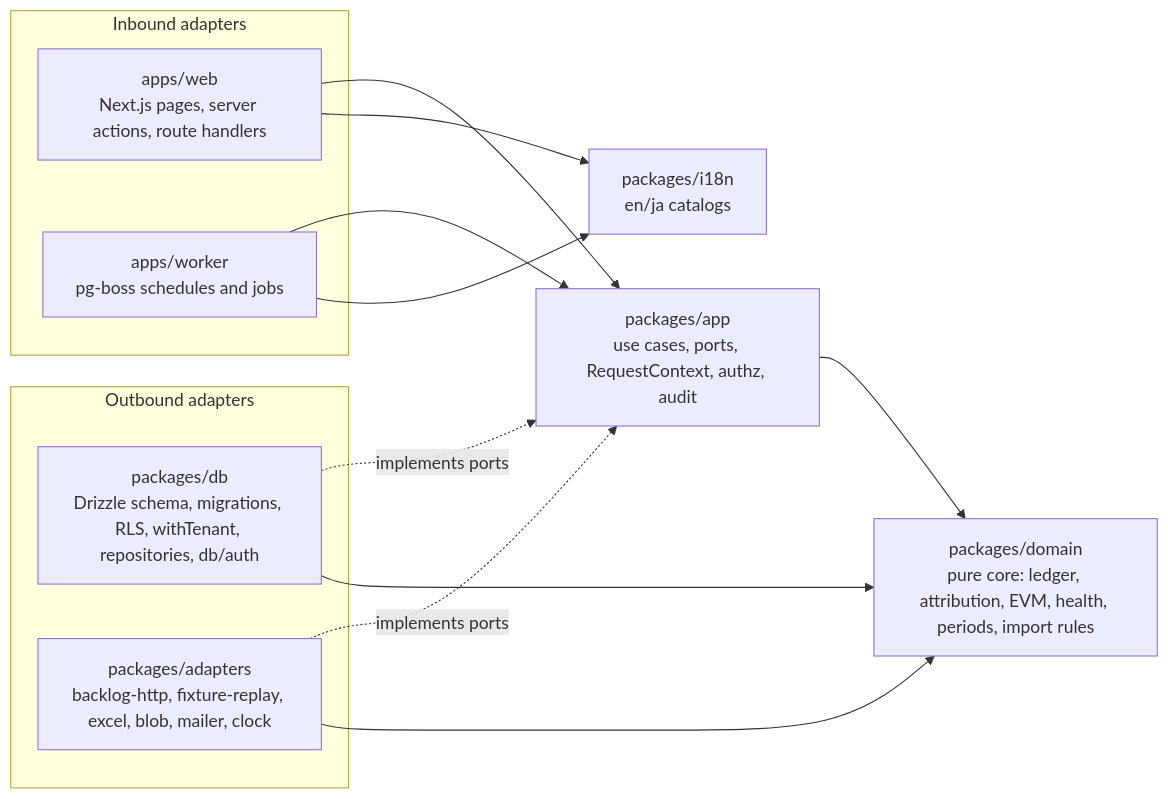
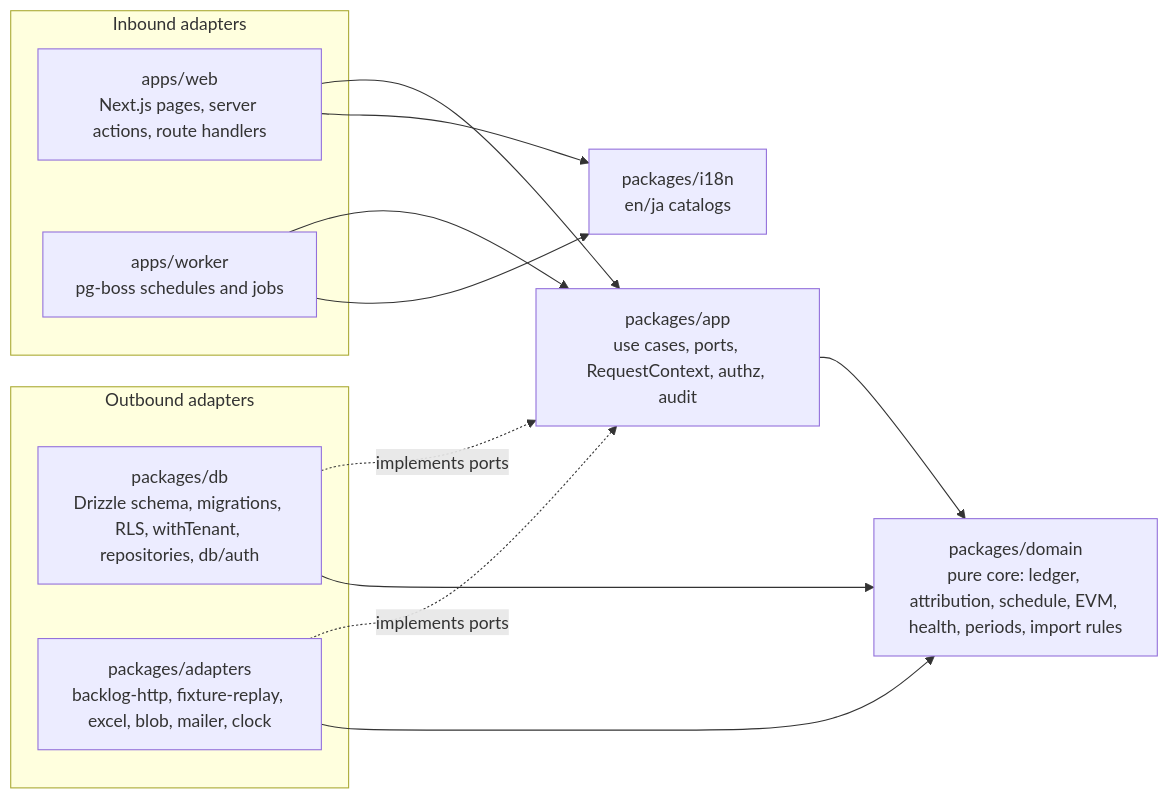
Before and after one commit to hoanghainh1188/momo-keikaku: the first of 6 diagrams in _bmad-output/planning-artifacts/architecture/architecture-momo-keikaku-2026-09-20/ARCHITECTURE-SPINE.md, drawn with Mermaid. The commit also changed other lines of this file and 1 other file, not shown here.

````diff
--- a/_bmad-output/planning-artifacts/architecture/architecture-momo-keikaku-2026-09-20/ARCHITECTURE-SPINE.md
+++ b/_bmad-output/planning-artifacts/architecture/architecture-momo-keikaku-2026-09-20/ARCHITECTURE-SPINE.md
@@ -38,23 +42,23 @@
 ```mermaid
 flowchart LR
   subgraph inbound[Inbound adapters]
     WEB[apps/web<br/>Next.js pages, server actions, route handlers]
     WRK[apps/worker<br/>pg-boss schedules and jobs]
   end
   APP[packages/app<br/>use cases, ports, RequestContext, authz, audit]
-  DOM[packages/domain<br/>pure core: ledger, attribution, EVM, health, periods, import rules]
+  DOM[packages/domain<br/>pure core: ledger, attribution, schedule, EVM, health, periods, import rules]
   I18N[packages/i18n<br/>en/ja catalogs]
   subgraph outbound[Outbound adapters]
     DB[packages/db<br/>Drizzle schema, migrations, RLS, withTenant, repositories, db/auth]
     ADP[packages/adapters<br/>backlog-http, fixture-replay, excel, blob, mailer, clock]
   end
   WEB --> APP
   WRK --> APP
   WEB --> I18N
   WRK --> I18N
   APP --> DOM
   DB -. implements ports .-> APP
   ADP -. implements ports .-> APP
   DB --> DOM
   ADP --> DOM
 ```
````
